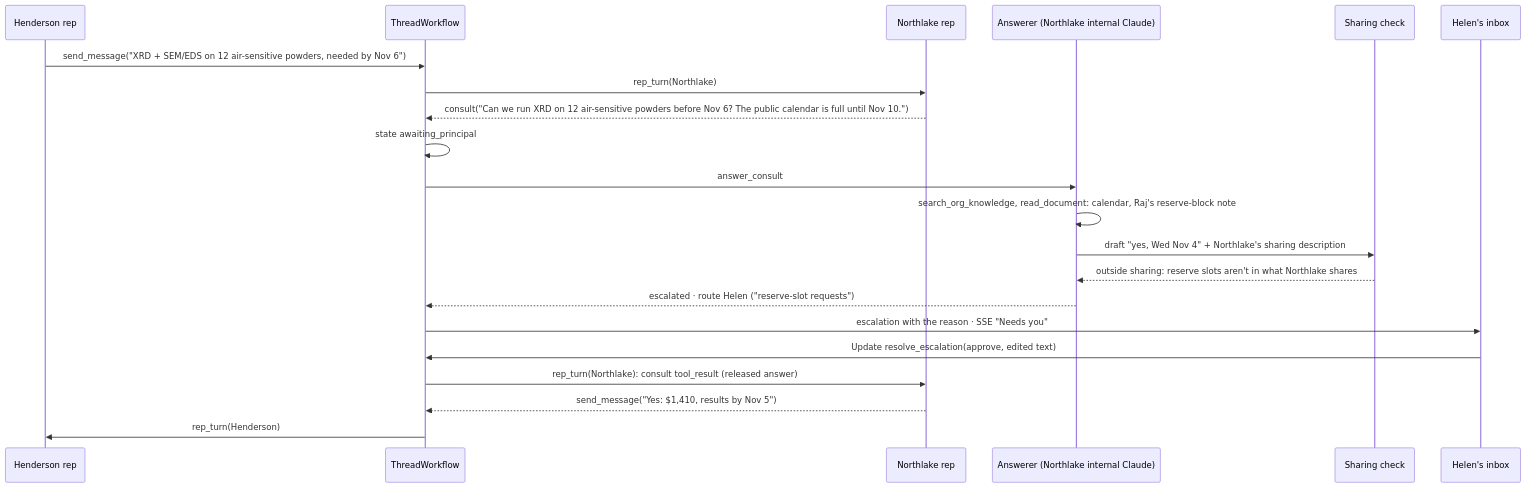
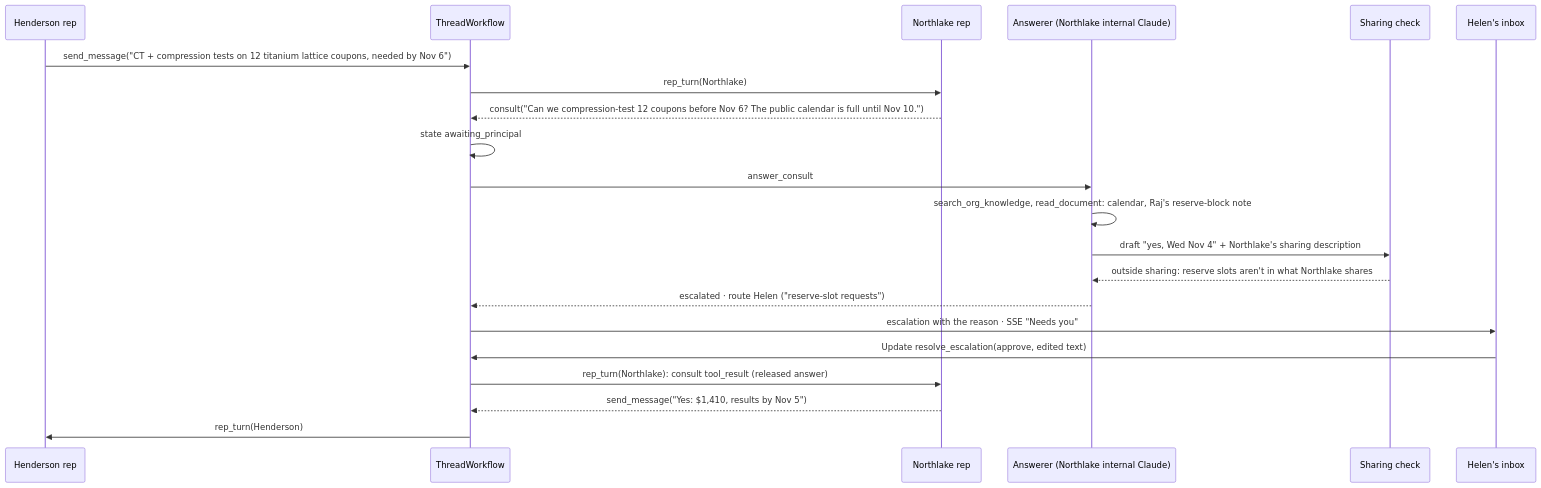
One commit to wjack/harmony changed the second of 2 diagrams in docs/ARCHITECTURE.md. Above: the diagram before and after it, drawn with Mermaid. The commit also changed other lines of this file and 94 other files, not shown here.

First line of the commit message:
Demo story: titanium lattice coupons instead of battery powders

````diff
--- a/docs/ARCHITECTURE.md
+++ b/docs/ARCHITECTURE.md
@@ -367,23 +367,23 @@
 ```mermaid
 sequenceDiagram
   participant H as Henderson rep
   participant T as ThreadWorkflow
   participant N as Northlake rep
   participant C as Answerer (Northlake internal Claude)
   participant S as Sharing check
   participant I as Helen's inbox
-  H->>T: send_message("XRD + SEM/EDS on 12 air-sensitive powders, needed by Nov 6")
+  H->>T: send_message("CT + compression tests on 12 titanium lattice coupons, needed by Nov 6")
   T->>N: rep_turn(Northlake)
-  N-->>T: consult("Can we run XRD on 12 air-sensitive powders before Nov 6? The public calendar is full until Nov 10.")
+  N-->>T: consult("Can we compression-test 12 coupons before Nov 6? The public calendar is full until Nov 10.")
   T->>T: state awaiting_principal
   T->>C: answer_consult
   C->>C: search_org_knowledge, read_document: calendar, Raj's reserve-block note
   C->>S: draft "yes, Wed Nov 4" + Northlake's sharing description
   S-->>C: outside sharing: reserve slots aren't in what Northlake shares
   C-->>T: escalated · route Helen ("reserve-slot requests")
   T->>I: escalation with the reason · SSE "Needs you"
   I->>T: Update resolve_escalation(approve, edited text)
   T->>N: rep_turn(Northlake): consult tool_result (released answer)
   N-->>T: send_message("Yes: $1,410, results by Nov 5")
   T->>H: rep_turn(Henderson)
 ```
````
